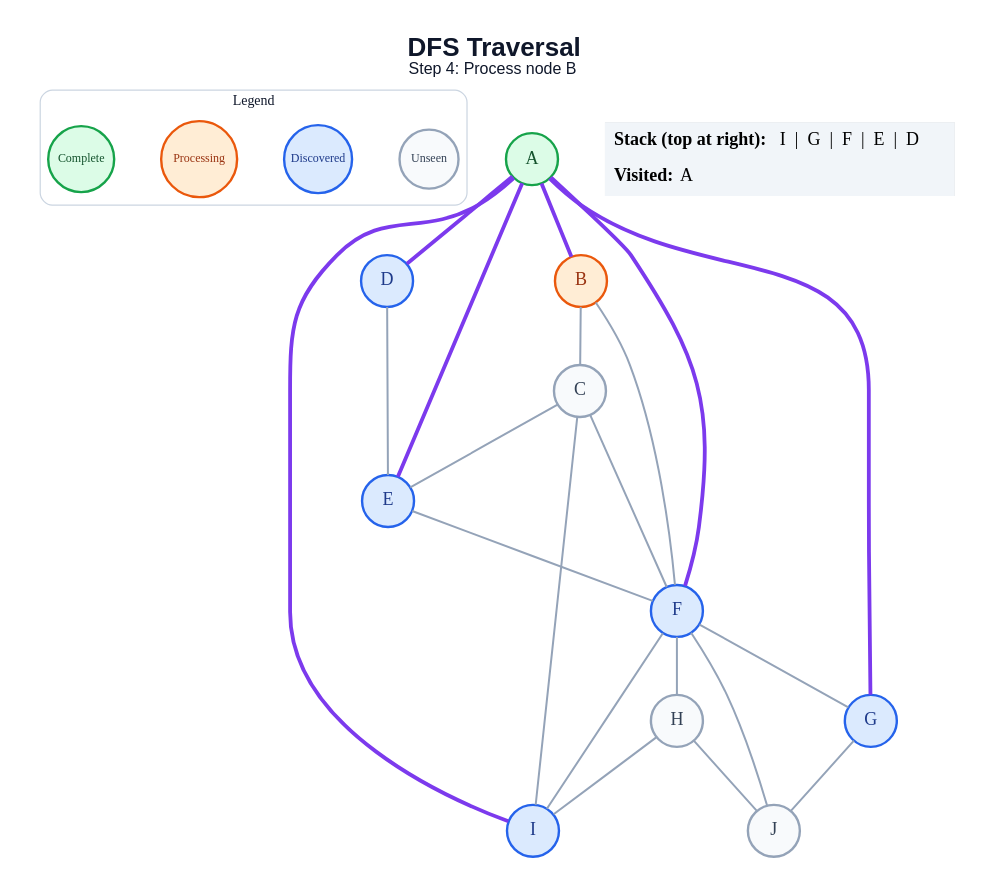
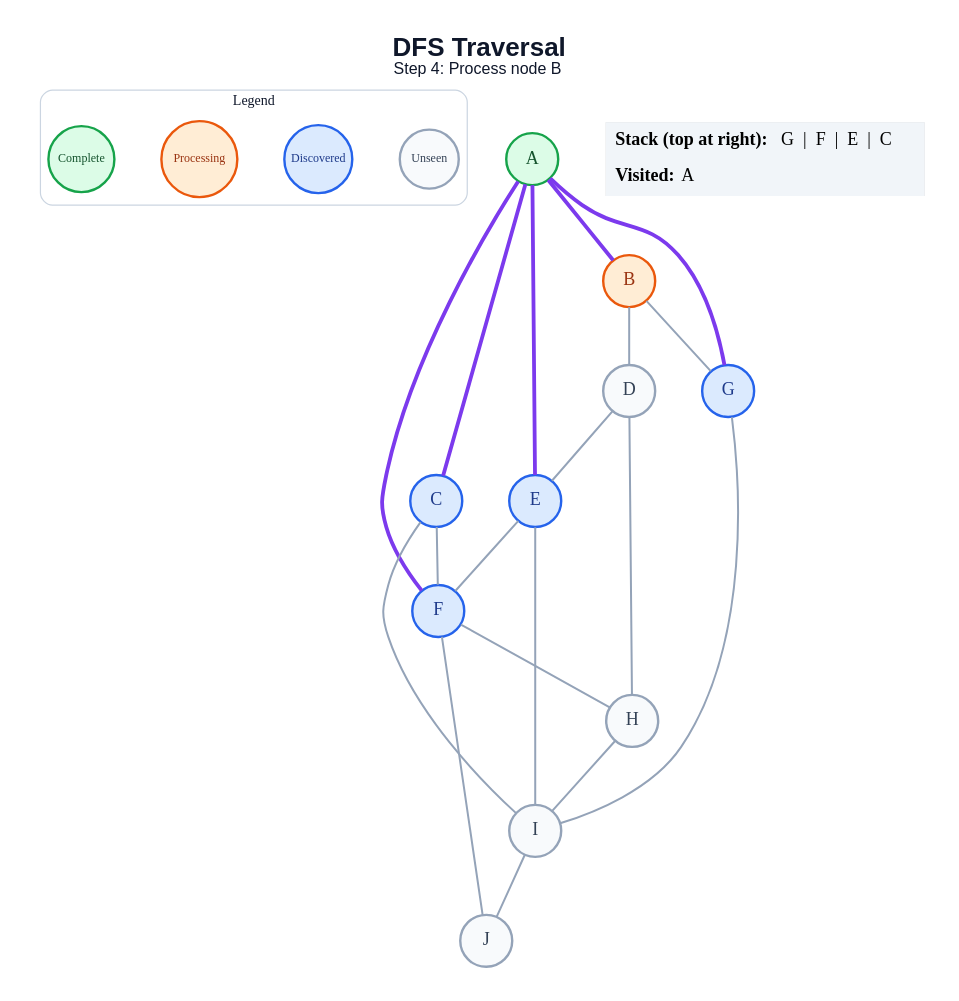
One commit to amanghodawala9/ai-slop changed the diagram in generated/dfs/step_04.dot. Above: the diagram before and after it, drawn with Graphviz. The commit also changed 178 other files, not shown here.

```diff
--- a/generated/dfs/step_04.dot
+++ b/generated/dfs/step_04.dot
@@ -1,49 +1,47 @@
 graph traversal {
   graph [layout=dot, rankdir=TB, bgcolor="#FFFFFF", pad="0.35", nodesep="0.65", ranksep="0.8", fontname="Arial"];
   node [shape=circle, style="filled", fontname="Arial Bold", fontsize=18, width=0.72, fixedsize=true, penwidth=2.4];
   edge [color="#94A3B8", penwidth=2.0];
   label=<<B>DFS Traversal</B><BR/><FONT POINT-SIZE="16">Step 4: Process node B</FONT>>; labelloc="t"; fontsize=26; fontname="Arial"; fontcolor="#0F172A";
   subgraph cluster_legend { label="Legend"; color="#CBD5E1"; penwidth=1.2; style="rounded"; fontsize=14; fontname="Arial Bold";
     key_unseen [label="Unseen", fillcolor="#F8FAFC", color="#94A3B8", fontcolor="#334155", fontsize=12, width=0.82];
     key_frontier [label="Discovered", fillcolor="#DBEAFE", color="#2563EB", fontcolor="#1E3A8A", fontsize=12, width=0.95];
     key_current [label="Processing", fillcolor="#FFEDD5", color="#EA580C", fontcolor="#9A3412", fontsize=12, width=1.05];
     key_done [label="Complete", fillcolor="#DCFCE7", color="#16A34A", fontcolor="#14532D", fontsize=12, width=0.92];
     { rank=same; key_unseen; key_frontier; key_current; key_done; }
   }
   A [fillcolor="#DCFCE7", color="#16A34A", fontcolor="#14532D"];
   B [fillcolor="#FFEDD5", color="#EA580C", fontcolor="#9A3412"];
-  C [fillcolor="#F8FAFC", color="#94A3B8", fontcolor="#334155"];
-  D [fillcolor="#DBEAFE", color="#2563EB", fontcolor="#1E3A8A"];
+  C [fillcolor="#DBEAFE", color="#2563EB", fontcolor="#1E3A8A"];
+  D [fillcolor="#F8FAFC", color="#94A3B8", fontcolor="#334155"];
   E [fillcolor="#DBEAFE", color="#2563EB", fontcolor="#1E3A8A"];
   F [fillcolor="#DBEAFE", color="#2563EB", fontcolor="#1E3A8A"];
   G [fillcolor="#DBEAFE", color="#2563EB", fontcolor="#1E3A8A"];
   H [fillcolor="#F8FAFC", color="#94A3B8", fontcolor="#334155"];
-  I [fillcolor="#DBEAFE", color="#2563EB", fontcolor="#1E3A8A"];
+  I [fillcolor="#F8FAFC", color="#94A3B8", fontcolor="#334155"];
   J [fillcolor="#F8FAFC", color="#94A3B8", fontcolor="#334155"];
   A -- B [color="#7C3AED", penwidth=3.8];
-  A -- D [color="#7C3AED", penwidth=3.8];
+  A -- C [color="#7C3AED", penwidth=3.8];
   A -- E [color="#7C3AED", penwidth=3.8];
   A -- F [color="#7C3AED", penwidth=3.8];
   A -- G [color="#7C3AED", penwidth=3.8];
-  A -- I [color="#7C3AED", penwidth=3.8];
-  B -- C;
-  B -- F;
-  C -- E;
+  B -- D;
+  B -- G;
   C -- F;
   C -- I;
   D -- E;
+  D -- H;
   E -- F;
-  F -- G;
+  E -- I;
   F -- H;
-  F -- I;
   F -- J;
-  G -- J;
+  G -- I;
   H -- I;
-  H -- J;
+  I -- J;
   status [shape=plain, fixedsize=false, width=0, height=0, margin=0, label=<
     <TABLE BORDER="0" CELLBORDER="0" CELLPADDING="7" BGCOLOR="#F1F5F9">
-      <TR><TD ALIGN="LEFT"><B>Stack (top at right):</B> I  |  G  |  F  |  E  |  D</TD></TR>
+      <TR><TD ALIGN="LEFT"><B>Stack (top at right):</B> G  |  F  |  E  |  C</TD></TR>
       <TR><TD ALIGN="LEFT"><B>Visited:</B> A</TD></TR>
     </TABLE>
   >];
 }
```
